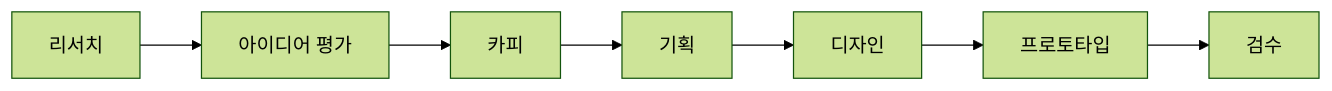
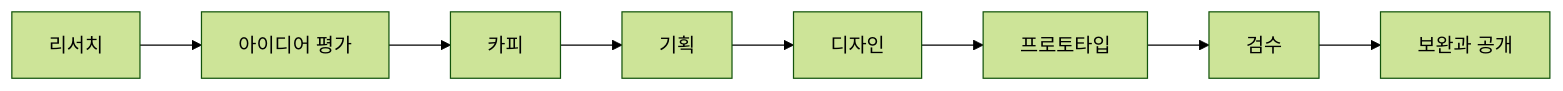
The second of 2 diagrams in README.md (roadkwonai/evenstay-web), drawn with Mermaid (forest theme) before and after one commit. The commit also changed other lines of this file and 122 other files, not shown here.

````diff
--- a/README.md
+++ b/README.md
@@ -161,9 +164,10 @@
 ```mermaid
 flowchart LR
   A[리서치] --> B[아이디어 평가]
   B --> C[카피]
   C --> D[기획]
   D --> E[디자인]
   E --> F[프로토타입]
   F --> G[검수]
+  G --> H[보완과 공개]
 ```
````
